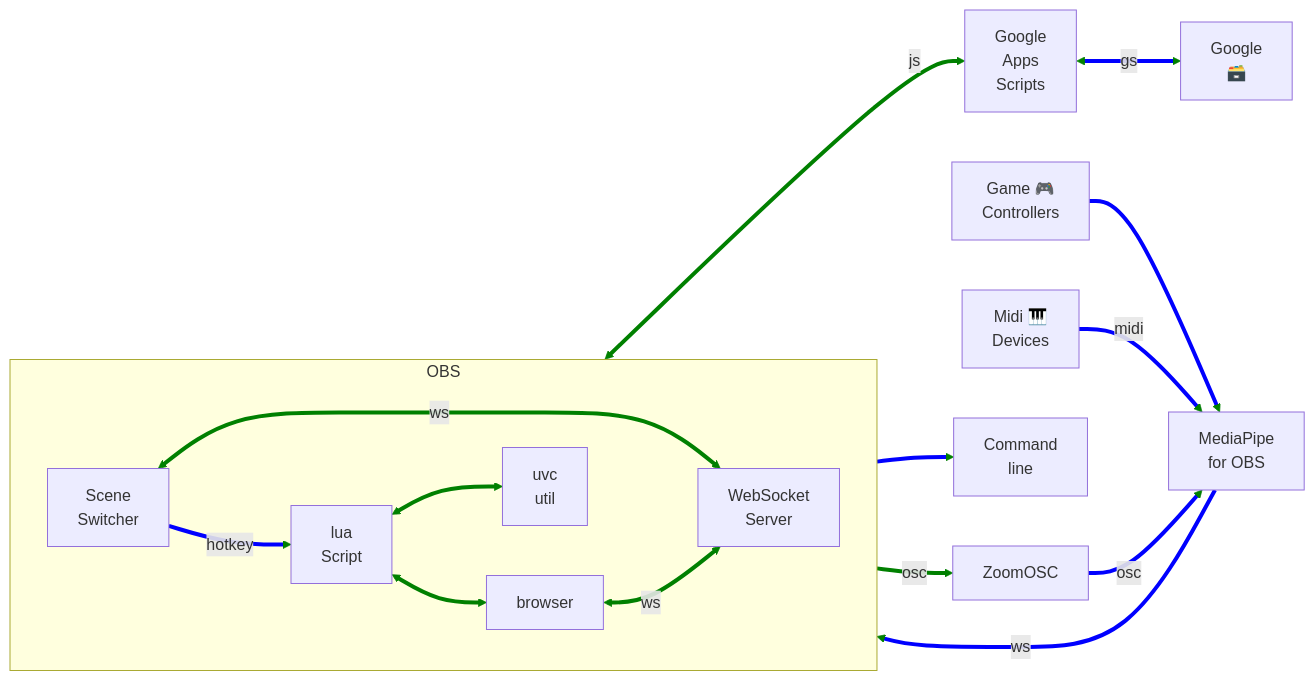
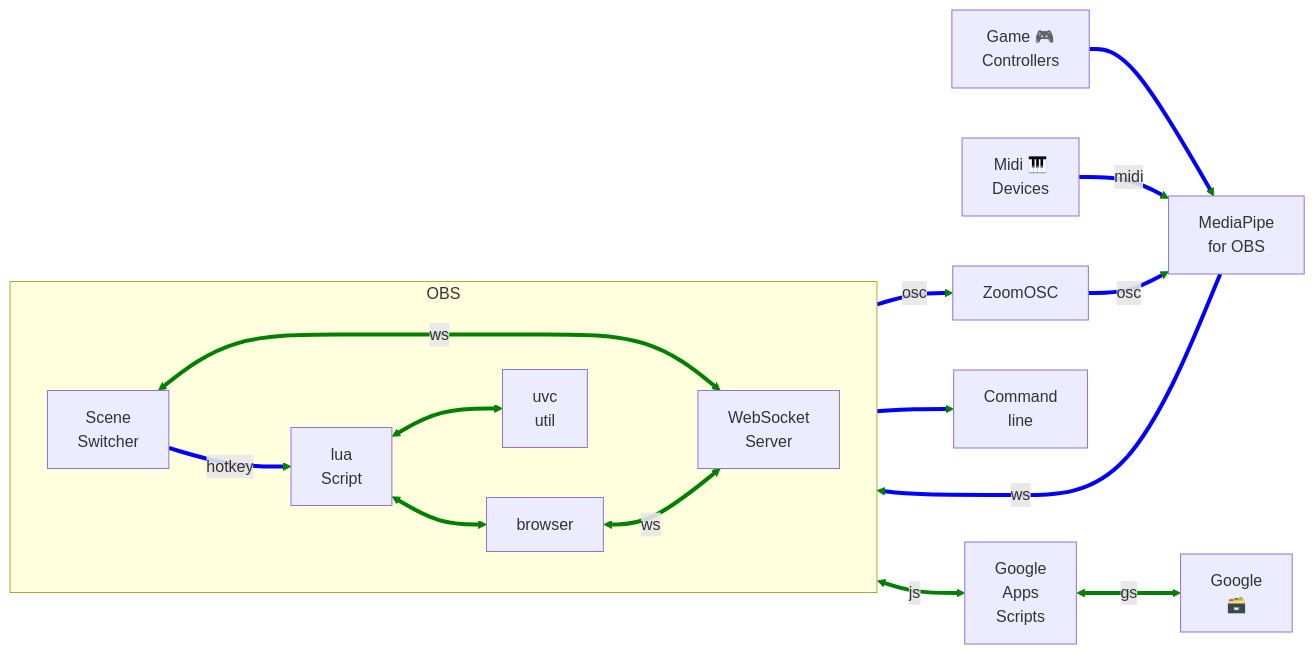
The second of 2 diagrams in README.md (UUoocl/MediaPipe_for_OBS), drawn with Mermaid before and after one commit.

````diff
--- a/README.md
+++ b/README.md
@@ -103,38 +103,39 @@
 ```mermaid
 flowchart LR
 
 GC[Game 🎮\n Controllers]
 MP["MediaPipe\nfor OBS"]
 GAS["Google \n Apps \n Scripts"]
 GS["Google \n 🗃️"]
 Midi["Midi 🎹 \n Devices"]
 AS["Command\nline"]
 ZOSC[ZoomOSC]
 
 GC-->MP
 Midi--"midi"-->MP
 ZOSC--"osc"-->MP
 MP --"ws"-->wss
-%%O4O--"ws"-->wss
 lua-->AS
+ss--"osc"-->ZOSC
+obs-b<--"js"-->GAS
 GAS<--gs-->GS
-obs-b<--"js"-->GAS
-ss--"osc"-->ZOSC
 subgraph OBS[OBS]
     direction LR
 
     lua["lua \n Script"]
     ss["Scene \n Switcher"]
     obs-b[browser]
     wss["WebSocket \nServer"]
     
     ss--hotkey-->lua
     ss<--"ws"-->wss
     obs-b<--"ws"-->wss
     lua<-->obs-b
     lua<-->util["uvc \n util"]
+    
 end
+
 linkStyle default stroke-width:4px,fill:none,stroke:green;
 linkStyle 0,1,2,3,4,5,8 stroke-width:4px,fill:none,stroke:blue;
 
 ```
````
